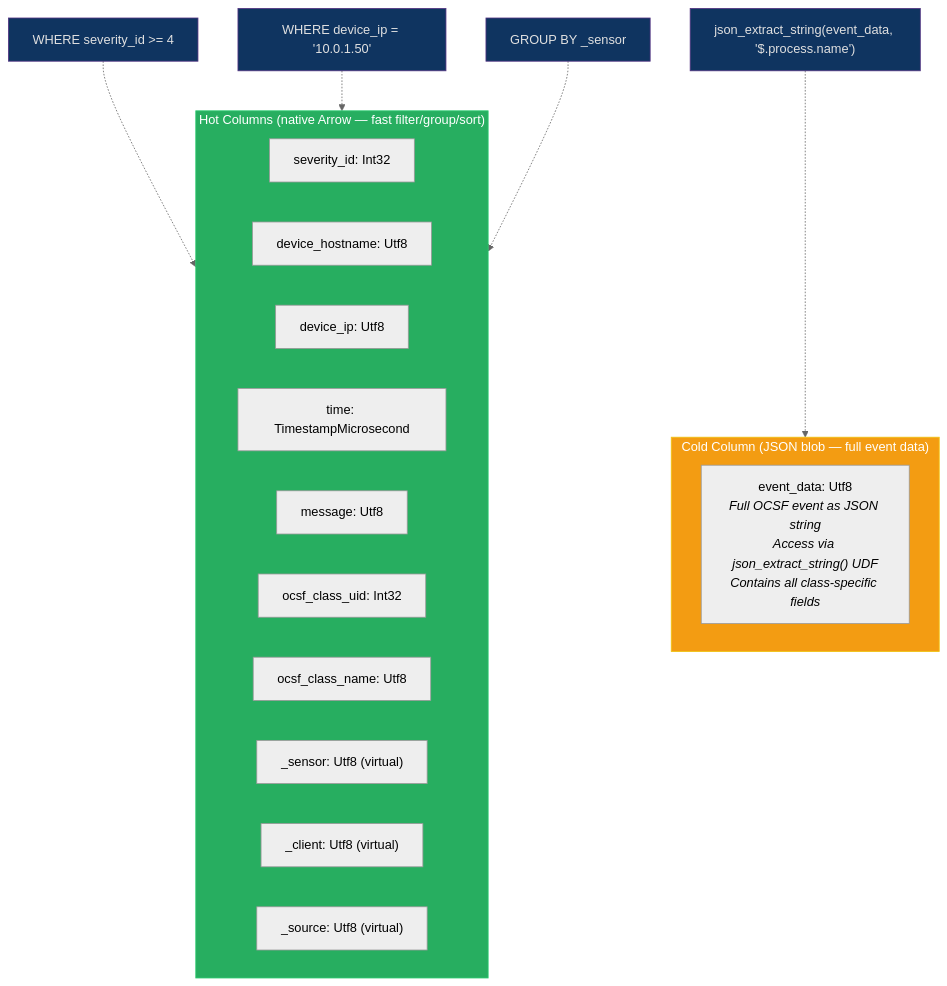
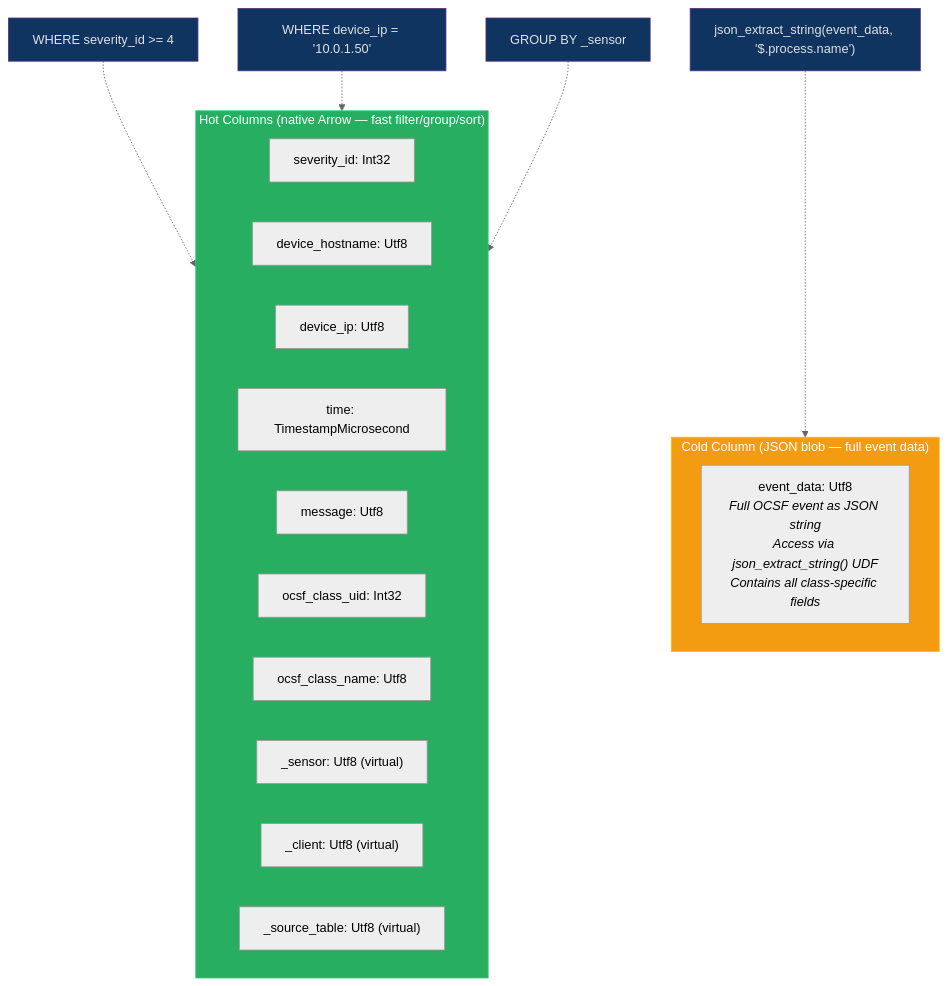
Before and after one commit to drbothen/prism: the second of 3 diagrams in specs/architecture/data-layer.md, drawn with Mermaid (neutral theme). The commit also changed other lines of this file and 27 other files, not shown here.

First line of the commit message:
factory(phase-2): architecture review additions — credentials, JOINs, plugins, infusions, actions, observability

````diff
--- a/specs/architecture/data-layer.md
+++ b/specs/architecture/data-layer.md
@@ -61,31 +61,31 @@
 ```mermaid
 graph TB
     subgraph HOT["Hot Columns (native Arrow — fast filter/group/sort)"]
         S["severity_id: Int32"]
         DH["device_hostname: Utf8"]
         DI["device_ip: Utf8"]
         T["time: TimestampMicrosecond"]
         M["message: Utf8"]
         CU["ocsf_class_uid: Int32"]
         CN["ocsf_class_name: Utf8"]
         VS["_sensor: Utf8 (virtual)"]
         VC["_client: Utf8 (virtual)"]
-        VSR["_source: Utf8 (virtual)"]
+        VSR["_source_table: Utf8 (virtual)"]
     end
 
     subgraph COLD["Cold Column (JSON blob — full event data)"]
         ED["event_data: Utf8<br/><i>Full OCSF event as JSON string<br/>Access via json_extract_string() UDF<br/>Contains all class-specific fields</i>"]
     end
 
     Q1["WHERE severity_id >= 4"] -.-> HOT
     Q2["WHERE device_ip = '10.0.1.50'"] -.-> HOT
     Q3["GROUP BY _sensor"] -.-> HOT
     Q4["json_extract_string(event_data, '$.process.name')"] -.-> COLD
 
     style HOT fill:#27ae60,stroke:#2ecc71,color:#fff
     style COLD fill:#f39c12,stroke:#f1c40f,color:#fff
     style Q1 fill:#0f3460,stroke:#533483,color:#e0e0e0
     style Q2 fill:#0f3460,stroke:#533483,color:#e0e0e0
     style Q3 fill:#0f3460,stroke:#533483,color:#e0e0e0
     style Q4 fill:#0f3460,stroke:#533483,color:#e0e0e0
 ```
````
